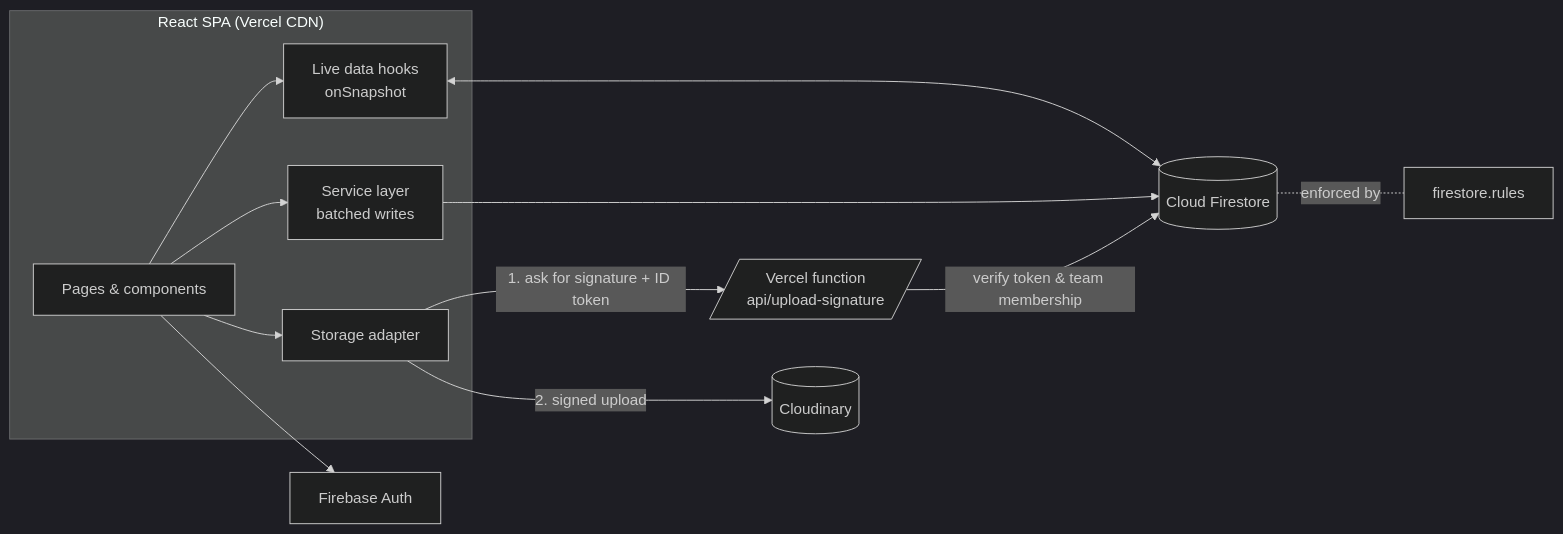
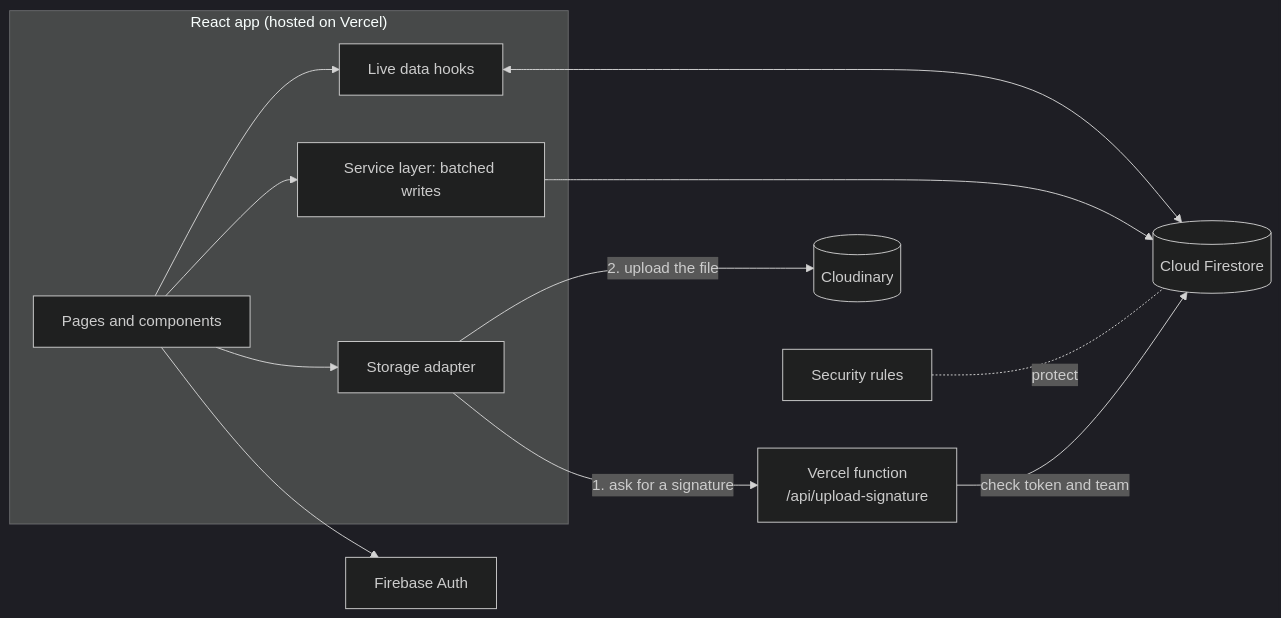
One commit to vishi-vishnu/projectdesk changed the diagram in README.md. Above: the diagram before and after it, drawn with Mermaid (dark theme). The commit also changed other lines of this file and 14 other files, not shown here.

````diff
--- a/README.md
+++ b/README.md
@@ -44,15 +108,15 @@
 ```mermaid
 flowchart LR
-  subgraph Browser["React SPA (Vercel CDN)"]
-    UI[Pages & components] --> Hooks[Live data hooks<br/>onSnapshot]
-    UI --> Services[Service layer<br/>batched writes]
-    UI --> Storage[Storage adapter]
+  subgraph Browser["React app (hosted on Vercel)"]
+    UI[Pages and components] --> Hooks[Live data hooks]
+    UI --> Services[Service layer: batched writes]
+    UI --> Adapter[Storage adapter]
   end
-  Hooks <--> FS[(Cloud Firestore)]
-  Services --> FS
-  FS -. enforced by .- Rules[firestore.rules]
+  Hooks <--> DB[(Cloud Firestore)]
+  Services --> DB
+  Rules[Security rules] -. protect .- DB
   UI --> Auth[Firebase Auth]
-  Storage -- 1. ask for signature + ID token --> API[/Vercel function<br/>api/upload-signature/]
-  API -- verify token & team membership --> FS
-  Storage -- 2. signed upload --> CDN[(Cloudinary)]
+  Adapter -- "1. ask for a signature" --> API["Vercel function<br/>/api/upload-signature"]
+  API -- "check token and team" --> DB
+  Adapter -- "2. upload the file" --> CDN[(Cloudinary)]
 ```
````
